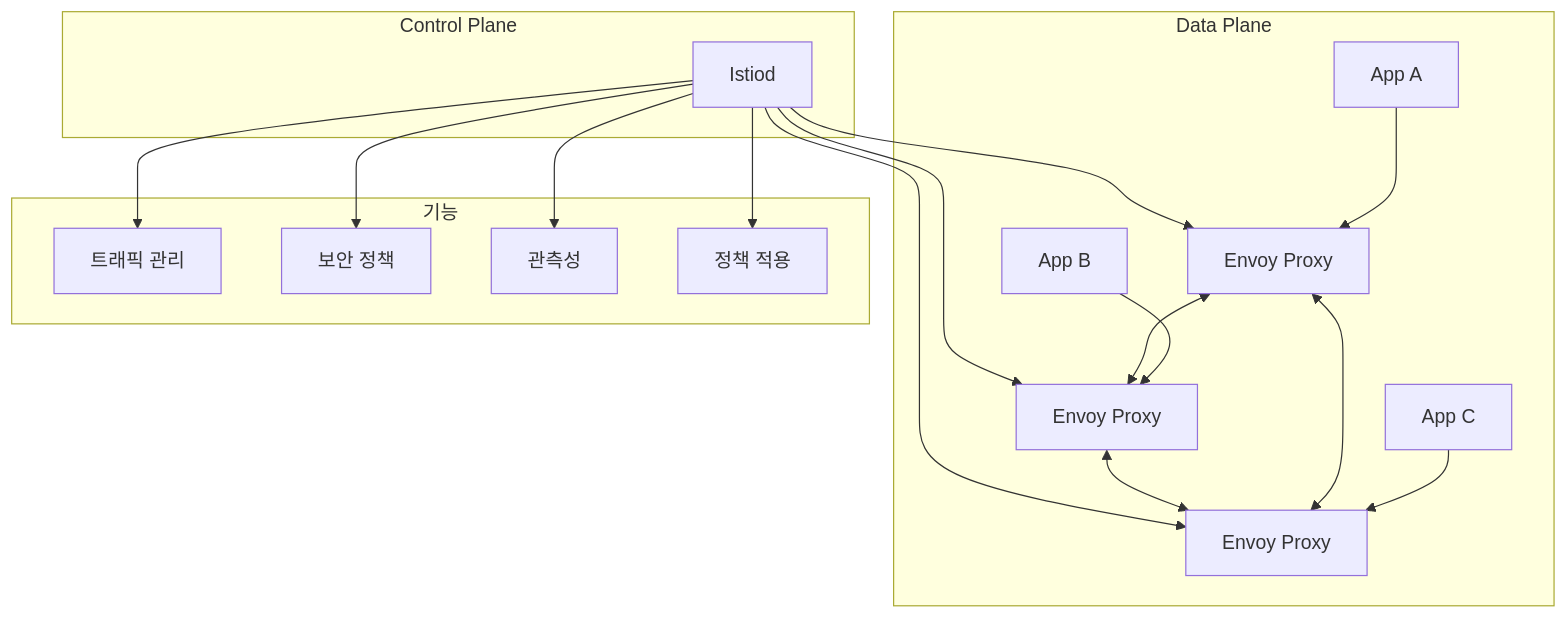
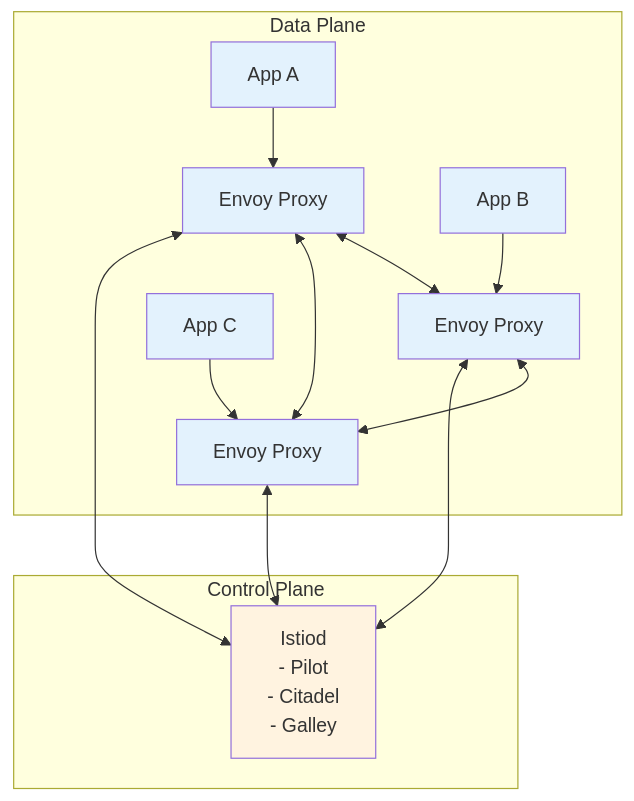
One commit to niceguy61/kdt_devops_lecture_2025 changed the second of 4 diagrams in theory/december/kubernetes_advanced/day5_istio_service_mesh/session1.md. Above: the diagram before and after it, drawn with Mermaid. The commit also changed other lines of this file and 1 other file, not shown here.

````diff
--- a/theory/december/kubernetes_advanced/day5_istio_service_mesh/session1.md
+++ b/theory/december/kubernetes_advanced/day5_istio_service_mesh/session1.md
@@ -45,30 +45,25 @@
 ```mermaid
 graph TB
     subgraph "Data Plane"
         A[App A] --> E1[Envoy Proxy]
         B[App B] --> E2[Envoy Proxy]
         C[App C] --> E3[Envoy Proxy]
         E1 <--> E2
+        E2 <--> E3
         E1 <--> E3
-        E2 <--> E3
     end
     
     subgraph "Control Plane"
-        I[Istiod]
-        I --> E1
-        I --> E2
-        I --> E3
+        Istiod[Istiod<br/>- Pilot<br/>- Citadel<br/>- Galley]
     end
     
-    subgraph "기능"
-        F1[트래픽 관리]
-        F2[보안 정책]
-        F3[관측성]
-        F4[정책 적용]
-    end
+    E1 <--> Istiod
+    E2 <--> Istiod
+    E3 <--> Istiod
     
-    I --> F1
-    I --> F2
-    I --> F3
-    I --> F4
+    classDef dataplane fill:#e3f2fd
+    classDef controlplane fill:#fff3e0
+    
+    class A,B,C,E1,E2,E3 dataplane
+    class Istiod controlplane
 ```
````
